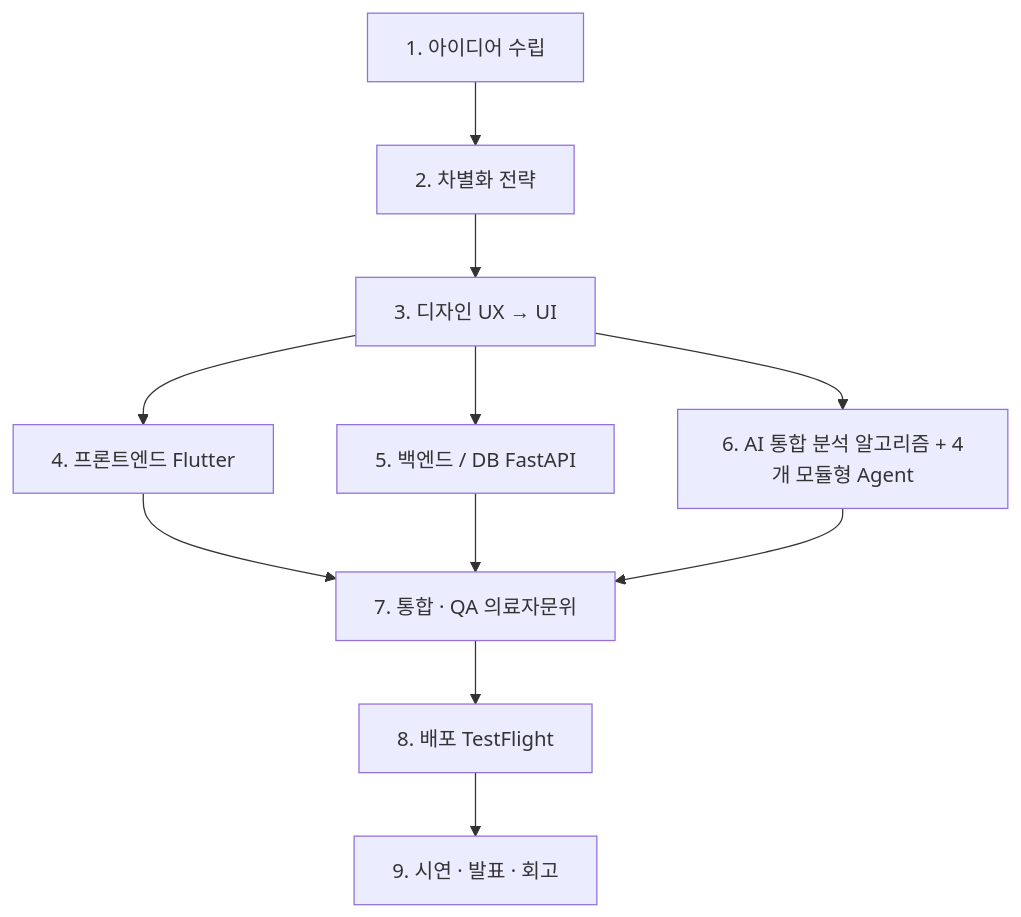
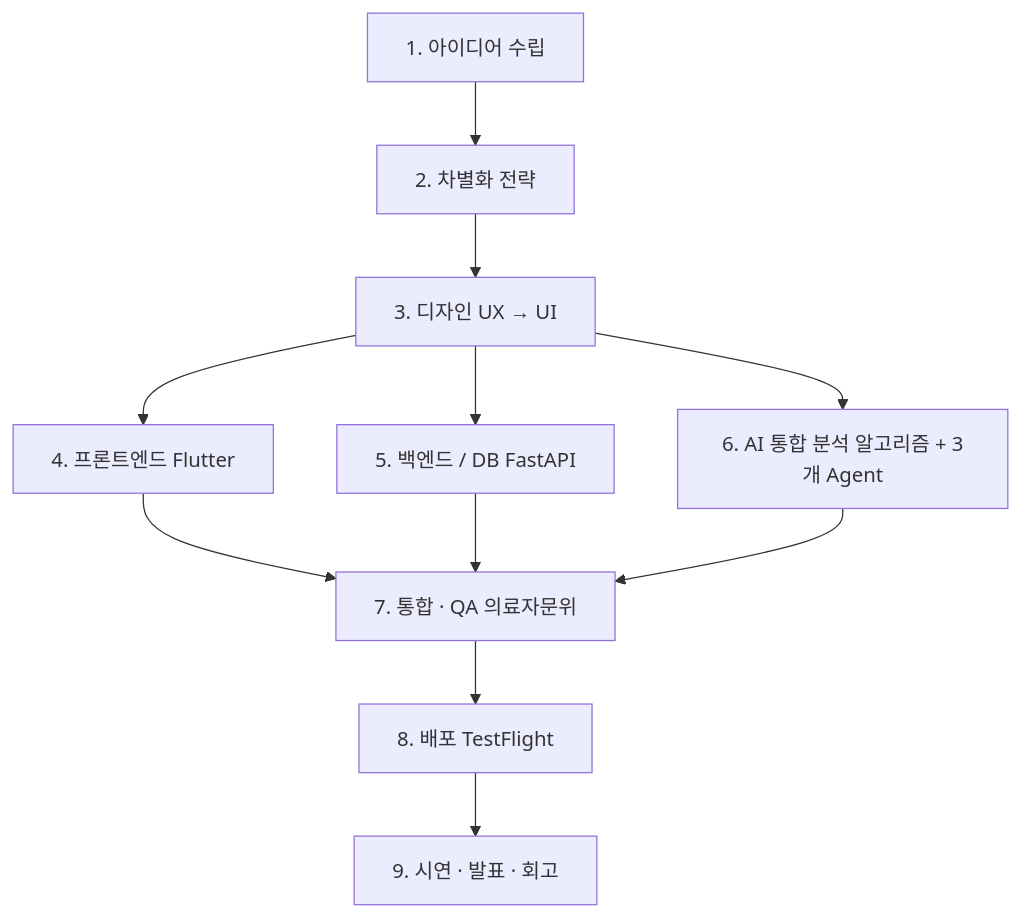
Before and after one commit to Lemon-Aid-KDT/Lemon-sin: the eighth of 12 diagrams in PROJECT_GUIDE.md, drawn with Mermaid. The commit also changed other lines of this file and 1 other file, not shown here.

````diff
--- a/PROJECT_GUIDE.md
+++ b/PROJECT_GUIDE.md
@@ -1351,13 +1223,13 @@
 ```mermaid
 flowchart TB
     S1[1. 아이디어 수립] --> S2[2. 차별화 전략]
     S2 --> S3[3. 디자인 UX → UI]
     S3 --> S4[4. 프론트엔드 Flutter]
     S3 --> S5[5. 백엔드 / DB FastAPI]
-    S3 --> S6[6. AI 통합 분석 알고리즘 + 4개 모듈형 Agent]
+    S3 --> S6[6. AI 통합 분석 알고리즘 + 3개 Agent]
     S4 --> S7[7. 통합 · QA 의료자문위]
     S5 --> S7
     S6 --> S7
     S7 --> S8[8. 배포 TestFlight]
     S8 --> S9[9. 시연 · 발표 · 회고]
 ```
````
